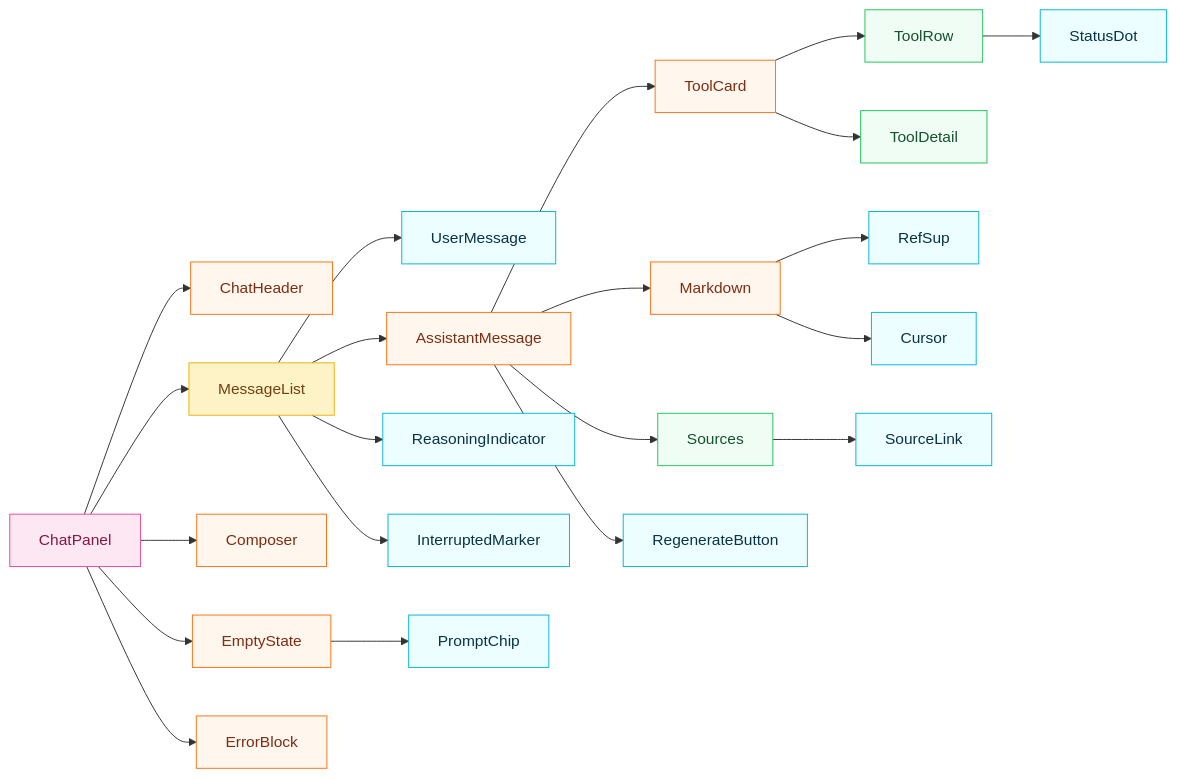
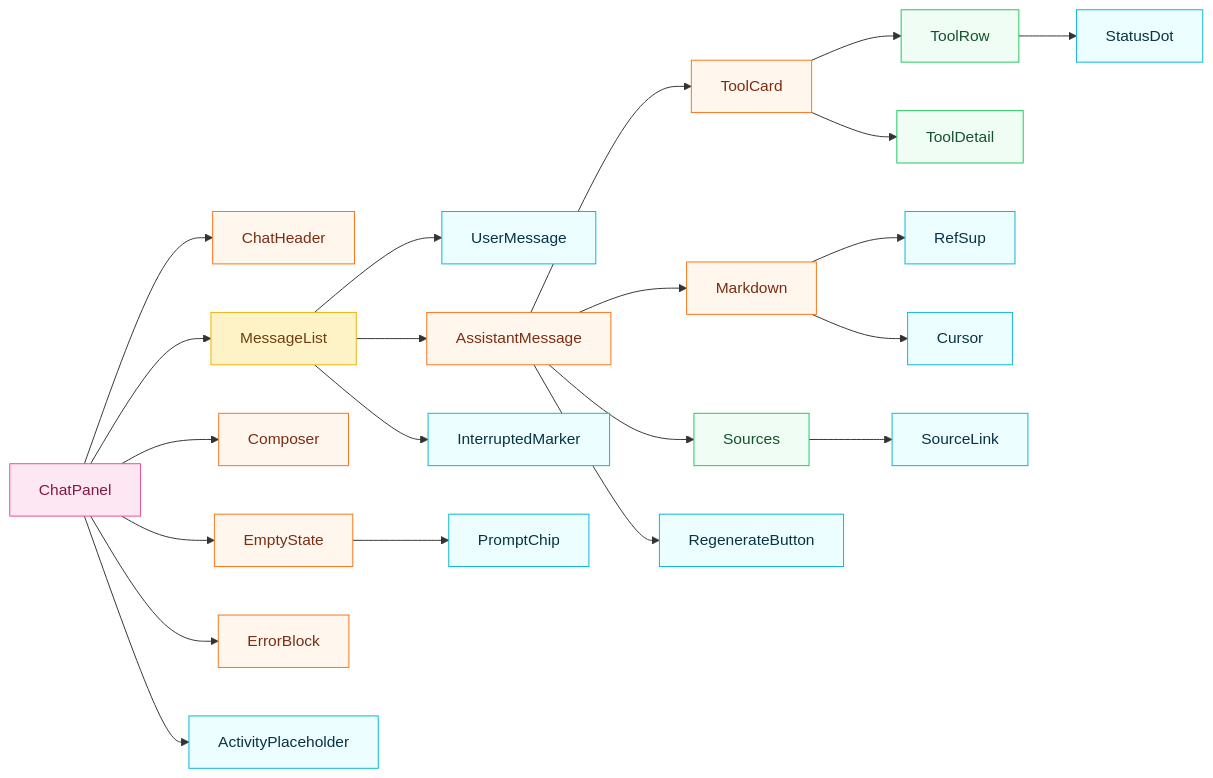
One commit to wei-yiting/fin-lab-x changed the second of 4 diagrams in docs/frontend_chat_architecture.md. Above: the diagram before and after it, drawn with Mermaid. The commit also changed other lines of this file and 26 other files, not shown here.

````diff
--- a/docs/frontend_chat_architecture.md
+++ b/docs/frontend_chat_architecture.md
@@ -94,41 +95,41 @@
 ```mermaid
 flowchart LR
     ChatPanel --> ChatHeader
     ChatPanel --> MessageList
     ChatPanel --> Composer
     ChatPanel --> EmptyState
     ChatPanel --> ErrorBlock
+    ChatPanel --> ActivityPlaceholder
 
     MessageList --> UserMessage
     MessageList --> AssistantMessage
-    MessageList --> ReasoningIndicator
     MessageList --> InterruptedMarker
 
     AssistantMessage --> ToolCard
     AssistantMessage --> Markdown
     AssistantMessage --> Sources
     AssistantMessage --> RegenerateButton
 
     ToolCard --> ToolRow
     ToolCard --> ToolDetail
     ToolRow --> StatusDot
 
     Markdown --> RefSup
     Markdown --> Cursor
 
     Sources --> SourceLink
 
     EmptyState --> PromptChip
 
     classDef atomCls fill:#ecfeff,stroke:#06b6d4,color:#083344
     classDef moleculeCls fill:#f0fdf4,stroke:#22c55e,color:#14532d
     classDef organismCls fill:#fff7ed,stroke:#f97316,color:#7c2d12
     classDef templateCls fill:#fef3c7,stroke:#eab308,color:#713f12
     classDef pageCls fill:#fce7f3,stroke:#ec4899,color:#831843
 
-    class StatusDot,RefSup,Cursor,ReasoningIndicator,PromptChip,RegenerateButton,InterruptedMarker,SourceLink,UserMessage atomCls
+    class StatusDot,RefSup,Cursor,ActivityPlaceholder,PromptChip,RegenerateButton,InterruptedMarker,SourceLink,UserMessage atomCls
     class ToolRow,ToolDetail,Sources moleculeCls
     class ChatHeader,AssistantMessage,ToolCard,Markdown,ErrorBlock,Composer,EmptyState organismCls
     class MessageList templateCls
     class ChatPanel pageCls
 ```
````
